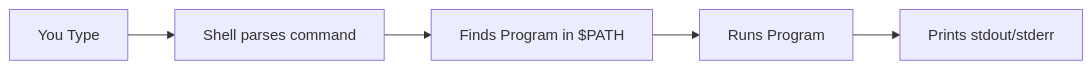
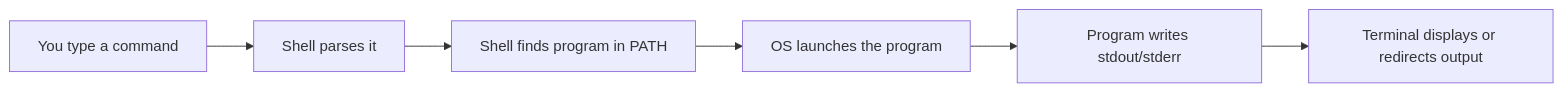
The diagram in 00-how-computers-work/4-terminal-confidence/README.md (rasel9t6/the-go-engineer), drawn with Mermaid before and after one commit. The commit also changed other lines of this file and 71 other files, not shown here.

````diff
--- a/00-how-computers-work/4-terminal-confidence/README.md
+++ b/00-how-computers-work/4-terminal-confidence/README.md
@@ -13,7 +18,8 @@
 ```mermaid
 graph LR
-    A[You Type] --> B[Shell parses command]
-    B --> C[Finds Program in $PATH]
-    C --> D[Runs Program]
-    D --> E[Prints stdout/stderr]
+    A["You type a command"] --> B["Shell parses it"]
+    B --> C["Shell finds program in PATH"]
+    C --> D["OS launches the program"]
+    D --> E["Program writes stdout/stderr"]
+    E --> F["Terminal displays or redirects output"]
 ```
````
